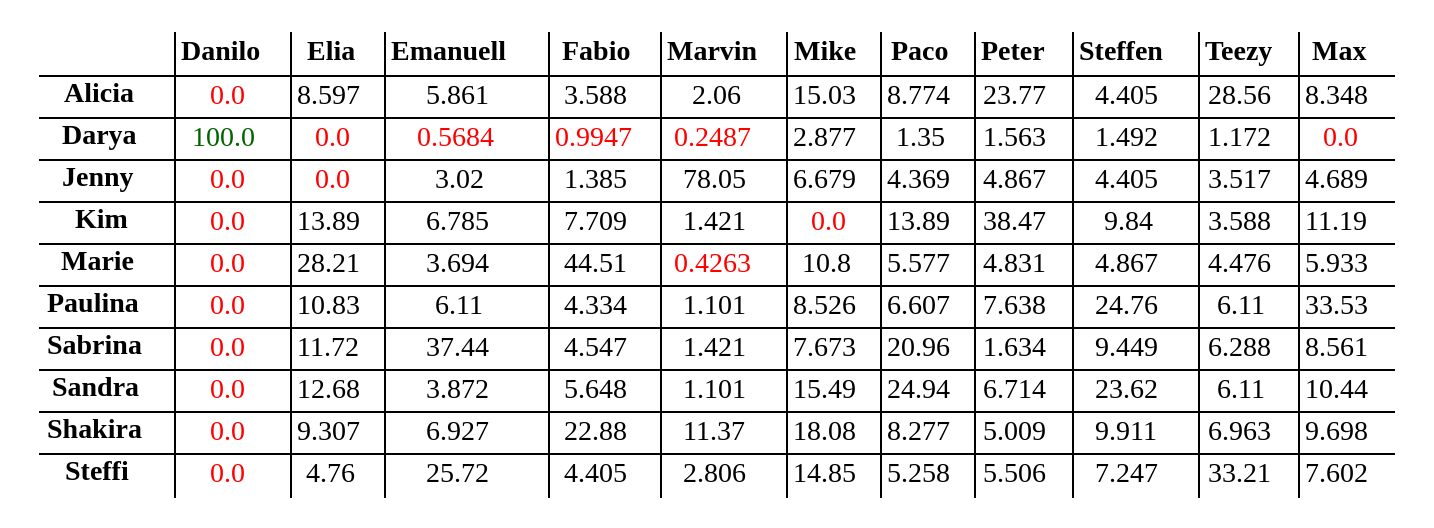
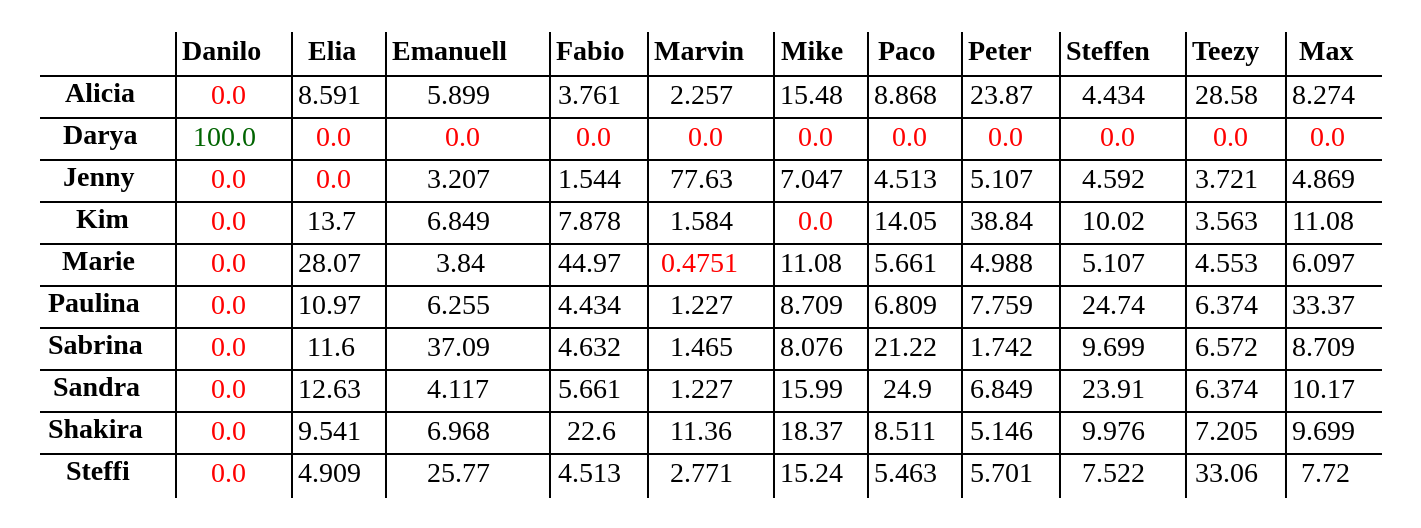
One commit to atticus-sullivan/sim-ayto changed the diagram in s03r/s03r_tab.dot. Above: the diagram before and after it, drawn with Graphviz. The commit also changed 10 other files, not shown here.

```diff
--- a/s03r/s03r_tab.dot
+++ b/s03r/s03r_tab.dot
@@ -1,148 +1,148 @@
 digraph structs { node[shape=plaintext] struct[label=<
 <table cellspacing="2" border="0" rows="*" columns="*">
 <tr>
 <td></td>
 <td><B>Danilo</B></td>
 <td><B>Elia</B></td>
 <td><B>Emanuell</B></td>
 <td><B>Fabio</B></td>
 <td><B>Marvin</B></td>
 <td><B>Mike</B></td>
 <td><B>Paco</B></td>
 <td><B>Peter</B></td>
 <td><B>Steffen</B></td>
 <td><B>Teezy</B></td>
 <td><B>Max</B></td>
 </tr>
 <tr><td><B>Alicia</B></td>
 <td><font color="red">0.0</font></td>
-<td><font color="black">8.597</font></td>
-<td><font color="black">5.861</font></td>
-<td><font color="black">3.588</font></td>
-<td><font color="black">2.06</font></td>
-<td><font color="black">15.03</font></td>
-<td><font color="black">8.774</font></td>
-<td><font color="black">23.77</font></td>
-<td><font color="black">4.405</font></td>
-<td><font color="black">28.56</font></td>
-<td><font color="black">8.348</font></td>
+<td><font color="black">8.591</font></td>
+<td><font color="black">5.899</font></td>
+<td><font color="black">3.761</font></td>
+<td><font color="black">2.257</font></td>
+<td><font color="black">15.48</font></td>
+<td><font color="black">8.868</font></td>
+<td><font color="black">23.87</font></td>
+<td><font color="black">4.434</font></td>
+<td><font color="black">28.58</font></td>
+<td><font color="black">8.274</font></td>
 </tr>
 <tr><td><B>Darya</B></td>
 <td><font color="darkgreen">100.0</font></td>
 <td><font color="red">0.0</font></td>
-<td><font color="red">0.5684</font></td>
-<td><font color="red">0.9947</font></td>
-<td><font color="red">0.2487</font></td>
-<td><font color="black">2.877</font></td>
-<td><font color="black">1.35</font></td>
-<td><font color="black">1.563</font></td>
-<td><font color="black">1.492</font></td>
-<td><font color="black">1.172</font></td>
+<td><font color="red">0.0</font></td>
+<td><font color="red">0.0</font></td>
+<td><font color="red">0.0</font></td>
+<td><font color="red">0.0</font></td>
+<td><font color="red">0.0</font></td>
+<td><font color="red">0.0</font></td>
+<td><font color="red">0.0</font></td>
+<td><font color="red">0.0</font></td>
 <td><font color="red">0.0</font></td>
 </tr>
 <tr><td><B>Jenny</B></td>
 <td><font color="red">0.0</font></td>
 <td><font color="red">0.0</font></td>
-<td><font color="black">3.02</font></td>
-<td><font color="black">1.385</font></td>
-<td><font color="black">78.05</font></td>
-<td><font color="black">6.679</font></td>
-<td><font color="black">4.369</font></td>
-<td><font color="black">4.867</font></td>
-<td><font color="black">4.405</font></td>
-<td><font color="black">3.517</font></td>
-<td><font color="black">4.689</font></td>
+<td><font color="black">3.207</font></td>
+<td><font color="black">1.544</font></td>
+<td><font color="black">77.63</font></td>
+<td><font color="black">7.047</font></td>
+<td><font color="black">4.513</font></td>
+<td><font color="black">5.107</font></td>
+<td><font color="black">4.592</font></td>
+<td><font color="black">3.721</font></td>
+<td><font color="black">4.869</font></td>
 </tr>
 <tr><td><B>Kim</B></td>
 <td><font color="red">0.0</font></td>
-<td><font color="black">13.89</font></td>
-<td><font color="black">6.785</font></td>
-<td><font color="black">7.709</font></td>
-<td><font color="black">1.421</font></td>
+<td><font color="black">13.7</font></td>
+<td><font color="black">6.849</font></td>
+<td><font color="black">7.878</font></td>
+<td><font color="black">1.584</font></td>
 <td><font color="red">0.0</font></td>
-<td><font color="black">13.89</font></td>
-<td><font color="black">38.47</font></td>
-<td><font color="black">9.84</font></td>
-<td><font color="black">3.588</font></td>
-<td><font color="black">11.19</font></td>
+<td><font color="black">14.05</font></td>
+<td><font color="black">38.84</font></td>
+<td><font color="black">10.02</font></td>
+<td><font color="black">3.563</font></td>
+<td><font color="black">11.08</font></td>
 </tr>
 <tr><td><B>Marie</B></td>
 <td><font color="red">0.0</font></td>
-<td><font color="black">28.21</font></td>
-<td><font color="black">3.694</font></td>
-<td><font color="black">44.51</font></td>
-<td><font color="red">0.4263</font></td>
-<td><font color="black">10.8</font></td>
-<td><font color="black">5.577</font></td>
-<td><font color="black">4.831</font></td>
-<td><font color="black">4.867</font></td>
-<td><font color="black">4.476</font></td>
-<td><font color="black">5.933</font></td>
+<td><font color="black">28.07</font></td>
+<td><font color="black">3.84</font></td>
+<td><font color="black">44.97</font></td>
+<td><font color="red">0.4751</font></td>
+<td><font color="black">11.08</font></td>
+<td><font color="black">5.661</font></td>
+<td><font color="black">4.988</font></td>
+<td><font color="black">5.107</font></td>
+<td><font color="black">4.553</font></td>
+<td><font color="black">6.097</font></td>
 </tr>
 <tr><td><B>Paulina</B></td>
 <td><font color="red">0.0</font></td>
-<td><font color="black">10.83</font></td>
-<td><font color="black">6.11</font></td>
-<td><font color="black">4.334</font></td>
-<td><font color="black">1.101</font></td>
-<td><font color="black">8.526</font></td>
-<td><font color="black">6.607</font></td>
-<td><font color="black">7.638</font></td>
-<td><font color="black">24.76</font></td>
-<td><font color="black">6.11</font></td>
-<td><font color="black">33.53</font></td>
+<td><font color="black">10.97</font></td>
+<td><font color="black">6.255</font></td>
+<td><font color="black">4.434</font></td>
+<td><font color="black">1.227</font></td>
+<td><font color="black">8.709</font></td>
+<td><font color="black">6.809</font></td>
+<td><font color="black">7.759</font></td>
+<td><font color="black">24.74</font></td>
+<td><font color="black">6.374</font></td>
+<td><font color="black">33.37</font></td>
 </tr>
 <tr><td><B>Sabrina</B></td>
 <td><font color="red">0.0</font></td>
-<td><font color="black">11.72</font></td>
-<td><font color="black">37.44</font></td>
-<td><font color="black">4.547</font></td>
-<td><font color="black">1.421</font></td>
-<td><font color="black">7.673</font></td>
-<td><font color="black">20.96</font></td>
-<td><font color="black">1.634</font></td>
-<td><font color="black">9.449</font></td>
-<td><font color="black">6.288</font></td>
-<td><font color="black">8.561</font></td>
+<td><font color="black">11.6</font></td>
+<td><font color="black">37.09</font></td>
+<td><font color="black">4.632</font></td>
+<td><font color="black">1.465</font></td>
+<td><font color="black">8.076</font></td>
+<td><font color="black">21.22</font></td>
+<td><font color="black">1.742</font></td>
+<td><font color="black">9.699</font></td>
+<td><font color="black">6.572</font></td>
+<td><font color="black">8.709</font></td>
 </tr>
 <tr><td><B>Sandra</B></td>
 <td><font color="red">0.0</font></td>
-<td><font color="black">12.68</font></td>
-<td><font color="black">3.872</font></td>
-<td><font color="black">5.648</font></td>
-<td><font color="black">1.101</font></td>
-<td><font color="black">15.49</font></td>
-<td><font color="black">24.94</font></td>
-<td><font color="black">6.714</font></td>
-<td><font color="black">23.62</font></td>
-<td><font color="black">6.11</font></td>
-<td><font color="black">10.44</font></td>
+<td><font color="black">12.63</font></td>
+<td><font color="black">4.117</font></td>
+<td><font color="black">5.661</font></td>
+<td><font color="black">1.227</font></td>
+<td><font color="black">15.99</font></td>
+<td><font color="black">24.9</font></td>
+<td><font color="black">6.849</font></td>
+<td><font color="black">23.91</font></td>
+<td><font color="black">6.374</font></td>
+<td><font color="black">10.17</font></td>
 </tr>
 <tr><td><B>Shakira</B></td>
 <td><font color="red">0.0</font></td>
-<td><font color="black">9.307</font></td>
-<td><font color="black">6.927</font></td>
-<td><font color="black">22.88</font></td>
-<td><font color="black">11.37</font></td>
-<td><font color="black">18.08</font></td>
-<td><font color="black">8.277</font></td>
-<td><font color="black">5.009</font></td>
-<td><font color="black">9.911</font></td>
-<td><font color="black">6.963</font></td>
-<td><font color="black">9.698</font></td>
+<td><font color="black">9.541</font></td>
+<td><font color="black">6.968</font></td>
+<td><font color="black">22.6</font></td>
+<td><font color="black">11.36</font></td>
+<td><font color="black">18.37</font></td>
+<td><font color="black">8.511</font></td>
+<td><font color="black">5.146</font></td>
+<td><font color="black">9.976</font></td>
+<td><font color="black">7.205</font></td>
+<td><font color="black">9.699</font></td>
 </tr>
 <tr><td><B>Steffi</B></td>
 <td><font color="red">0.0</font></td>
-<td><font color="black">4.76</font></td>
-<td><font color="black">25.72</font></td>
-<td><font color="black">4.405</font></td>
-<td><font color="black">2.806</font></td>
-<td><font color="black">14.85</font></td>
-<td><font color="black">5.258</font></td>
-<td><font color="black">5.506</font></td>
-<td><font color="black">7.247</font></td>
-<td><font color="black">33.21</font></td>
-<td><font color="black">7.602</font></td>
+<td><font color="black">4.909</font></td>
+<td><font color="black">25.77</font></td>
+<td><font color="black">4.513</font></td>
+<td><font color="black">2.771</font></td>
+<td><font color="black">15.24</font></td>
+<td><font color="black">5.463</font></td>
+<td><font color="black">5.701</font></td>
+<td><font color="black">7.522</font></td>
+<td><font color="black">33.06</font></td>
+<td><font color="black">7.72</font></td>
 </tr>
 </table>
 >];}
```
